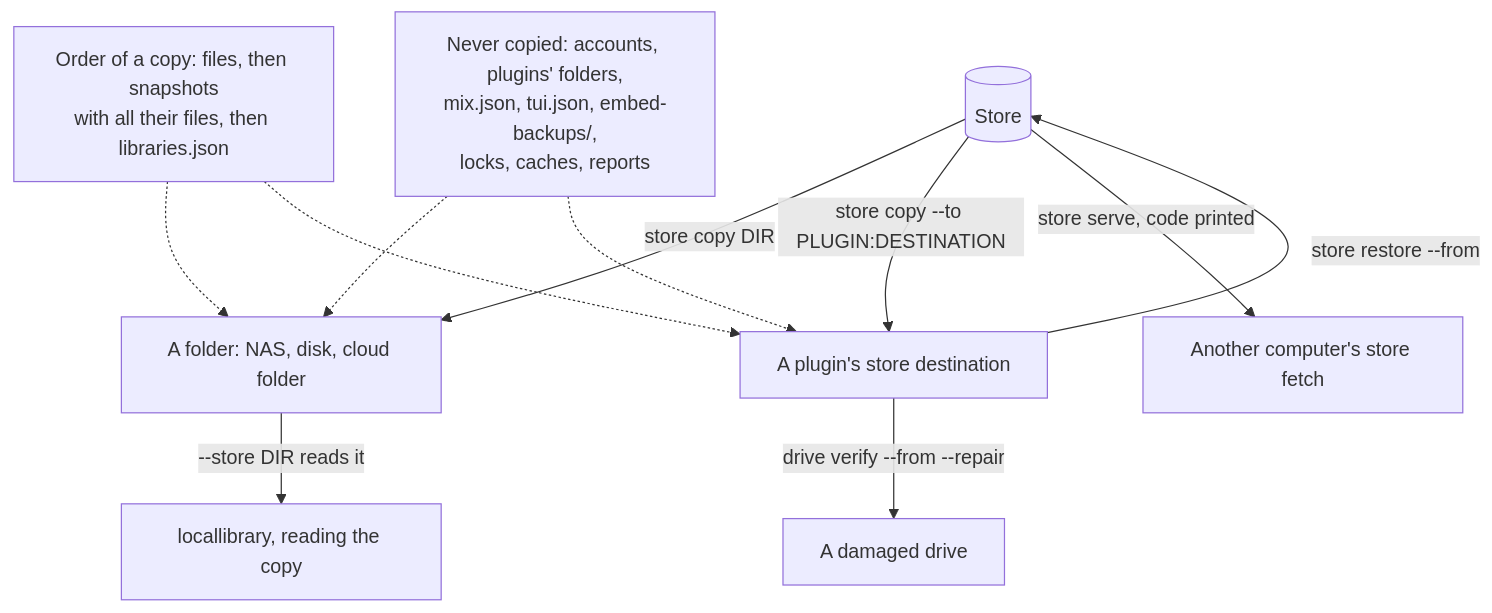
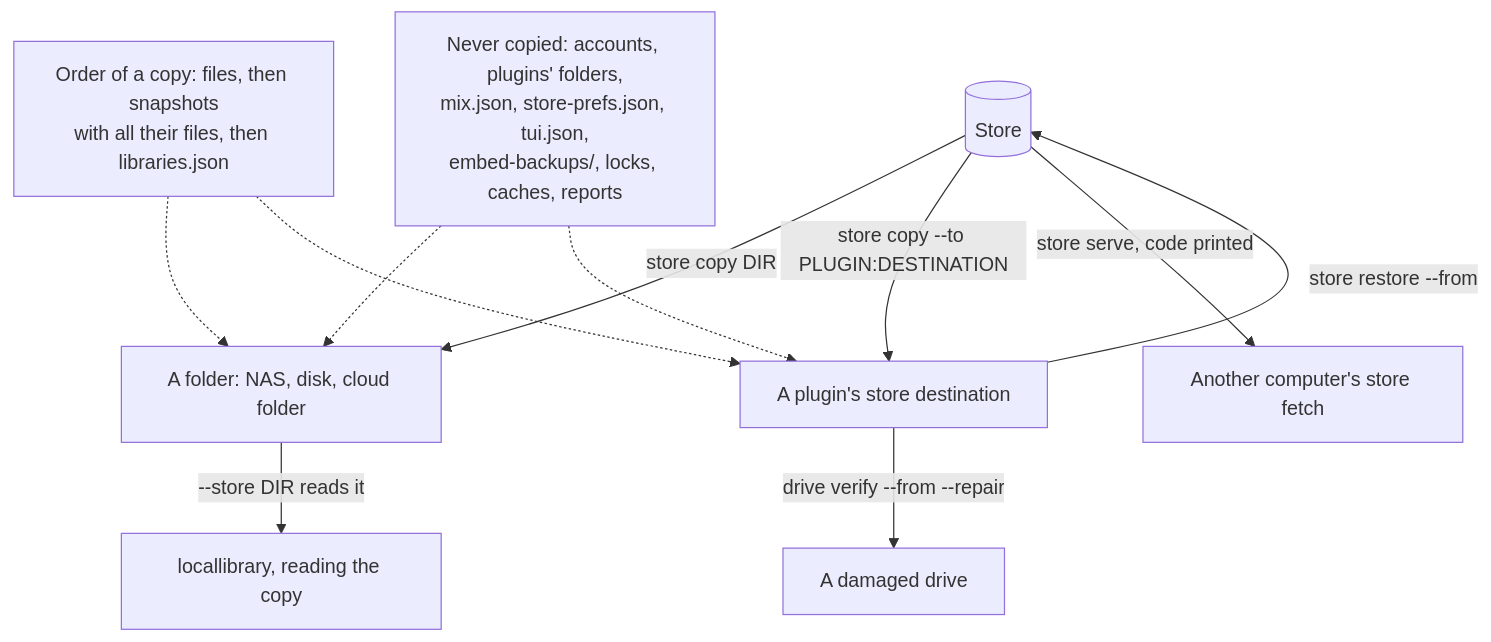
One commit to cutenode/localnetwork changed the seventh of 17 diagrams in apps/locallibrary/docs/diagrams/store-and-drives.md. Above: the diagram before and after it, drawn with Mermaid. The commit also changed 17 other files, not shown here.

````diff
--- a/apps/locallibrary/docs/diagrams/store-and-drives.md
+++ b/apps/locallibrary/docs/diagrams/store-and-drives.md
@@ -164,13 +164,13 @@
 ```mermaid
 flowchart TD
     store[("Store")] -->|"store copy DIR"| folder["A folder: NAS, disk, cloud folder"]
     store -->|"store copy --to PLUGIN:DESTINATION"| dest["A plugin's store destination"]
     store -->|"store serve, code printed"| peer["Another computer's store fetch"]
     folder -->|"--store DIR reads it"| reader["locallibrary, reading the copy"]
     dest -->|"store restore --from"| store
     dest -->|"drive verify --from --repair"| drive["A damaged drive"]
     order["Order of a copy: files, then snapshots<br/>with all their files, then libraries.json"] -.-> folder
     order -.-> dest
-    leftout["Never copied: accounts, plugins' folders,<br/>mix.json, tui.json, embed-backups/,<br/>locks, caches, reports"] -.-> folder
+    leftout["Never copied: accounts, plugins' folders,<br/>mix.json, store-prefs.json, tui.json,<br/>embed-backups/, locks, caches, reports"] -.-> folder
     leftout -.-> dest
 ```
````
